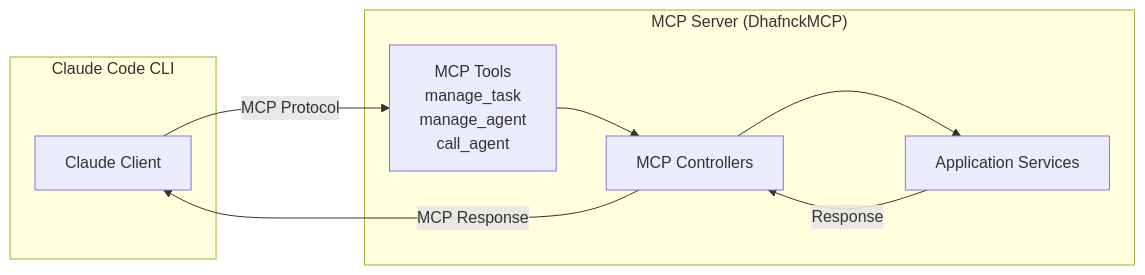
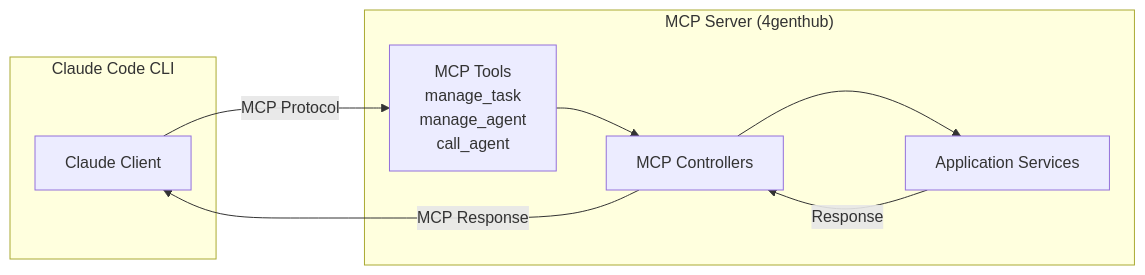
One commit to phamhung075/4genthub changed the fourth of 4 diagrams in ai_docs/core-architecture/system-architecture-overview.md. Above: the diagram before and after it, drawn with Mermaid. The commit also changed other lines of this file and 2697 other files, not shown here.

````diff
--- a/ai_docs/core-architecture/system-architecture-overview.md
+++ b/ai_docs/core-architecture/system-architecture-overview.md
@@ -212,18 +212,18 @@
 ```mermaid
 graph LR
     subgraph "Claude Code CLI"
         CC[Claude Client]
     end
     
-    subgraph "MCP Server (DhafnckMCP)"
+    subgraph "MCP Server (4genthub)"
         TOOLS[MCP Tools<br/>manage_task<br/>manage_agent<br/>call_agent]
         CTRL[MCP Controllers]
         SVC[Application Services]
     end
     
     CC -->|MCP Protocol| TOOLS
     TOOLS --> CTRL
     CTRL --> SVC
     SVC -->|Response| CTRL
     CTRL -->|MCP Response| CC
 ```
````
